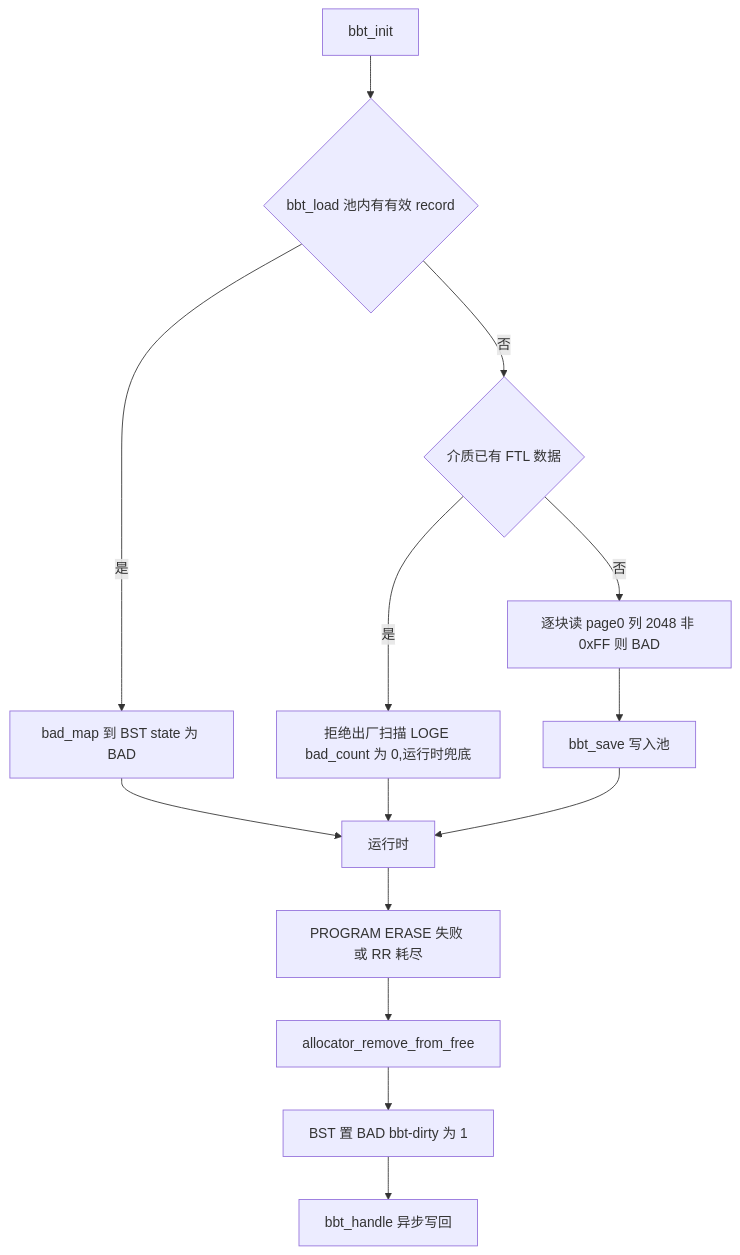
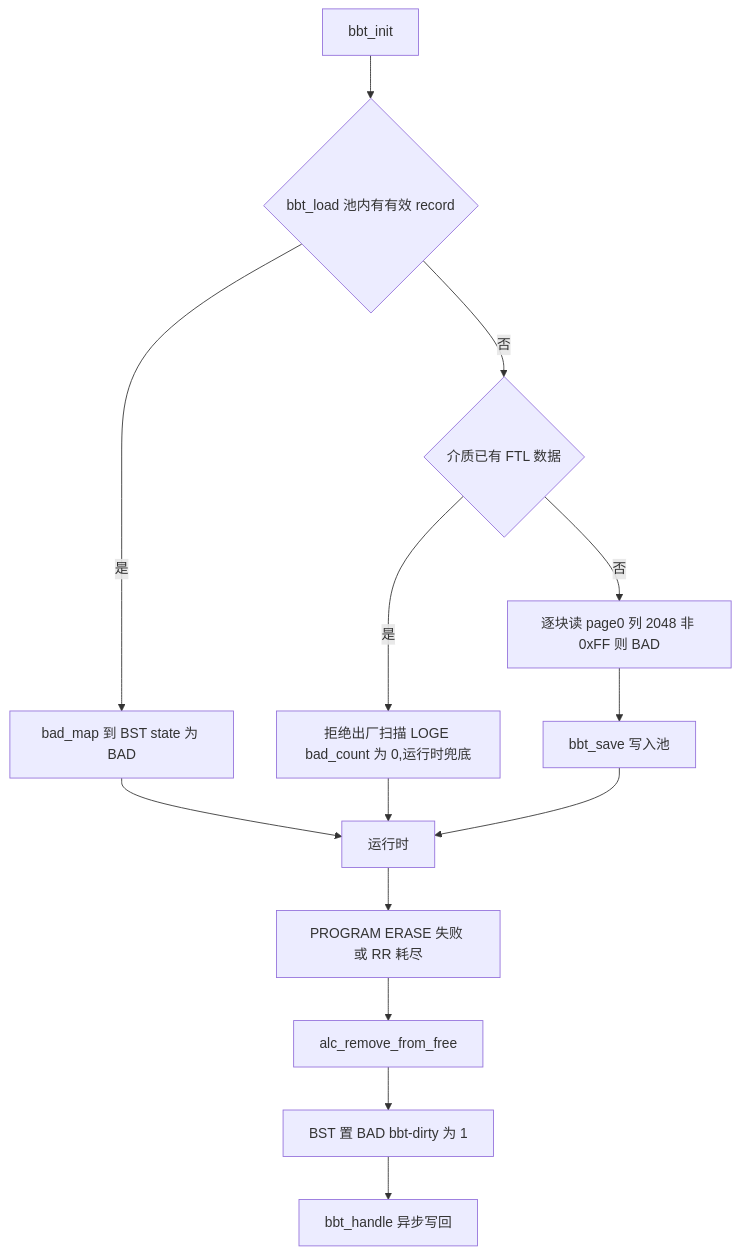
One commit to YzYMIAO/BASESSD changed the eighth of 32 diagrams in docs/design/ftl_design.md. Above: the diagram before and after it, drawn with Mermaid. The commit also changed other lines of this file and 48 other files, not shown here.

````diff
--- a/docs/design/ftl_design.md
+++ b/docs/design/ftl_design.md
@@ -1401,16 +1401,16 @@
 ```mermaid
 flowchart TD
     INIT["bbt_init"] --> LOAD{"bbt_load 池内有有效 record"}
     LOAD -- "是" --> REBUILD["bad_map 到 BST state 为 BAD"]
     LOAD -- "否" --> USED{"介质已有 FTL 数据"}
     USED -- "是" --> REJECT["拒绝出厂扫描 LOGE bad_count 为 0,运行时兜底"]
     USED -- "否" --> SCAN["逐块读 page0 列 2048 非 0xFF 则 BAD"]
     SCAN --> SAVE["bbt_save 写入池"]
     REBUILD --> RUN["运行时"]
     REJECT --> RUN
     SAVE --> RUN
     RUN --> MARK["PROGRAM ERASE 失败 或 RR 耗尽"]
-    MARK --> EXPEL["allocator_remove_from_free"]
+    MARK --> EXPEL["alc_remove_from_free"]
     EXPEL --> BAD["BST 置 BAD bbt-dirty 为 1"]
     BAD --> KICK["bbt_handle 异步写回"]
 ```
````
